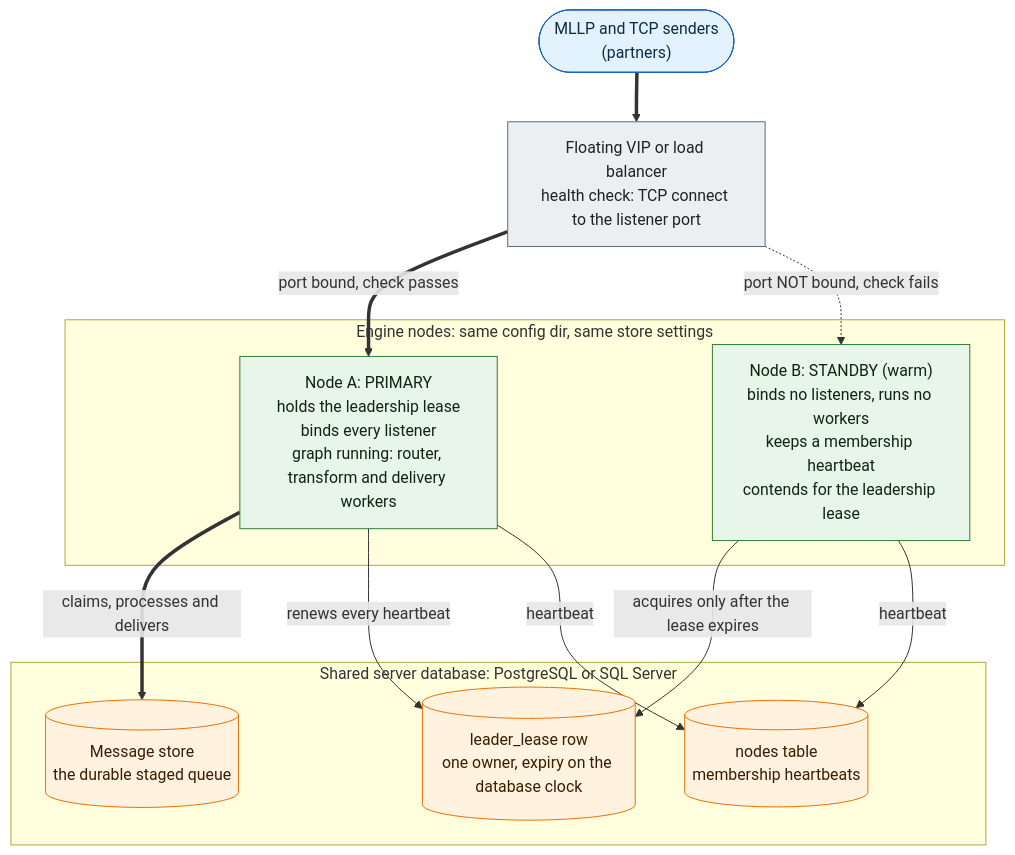
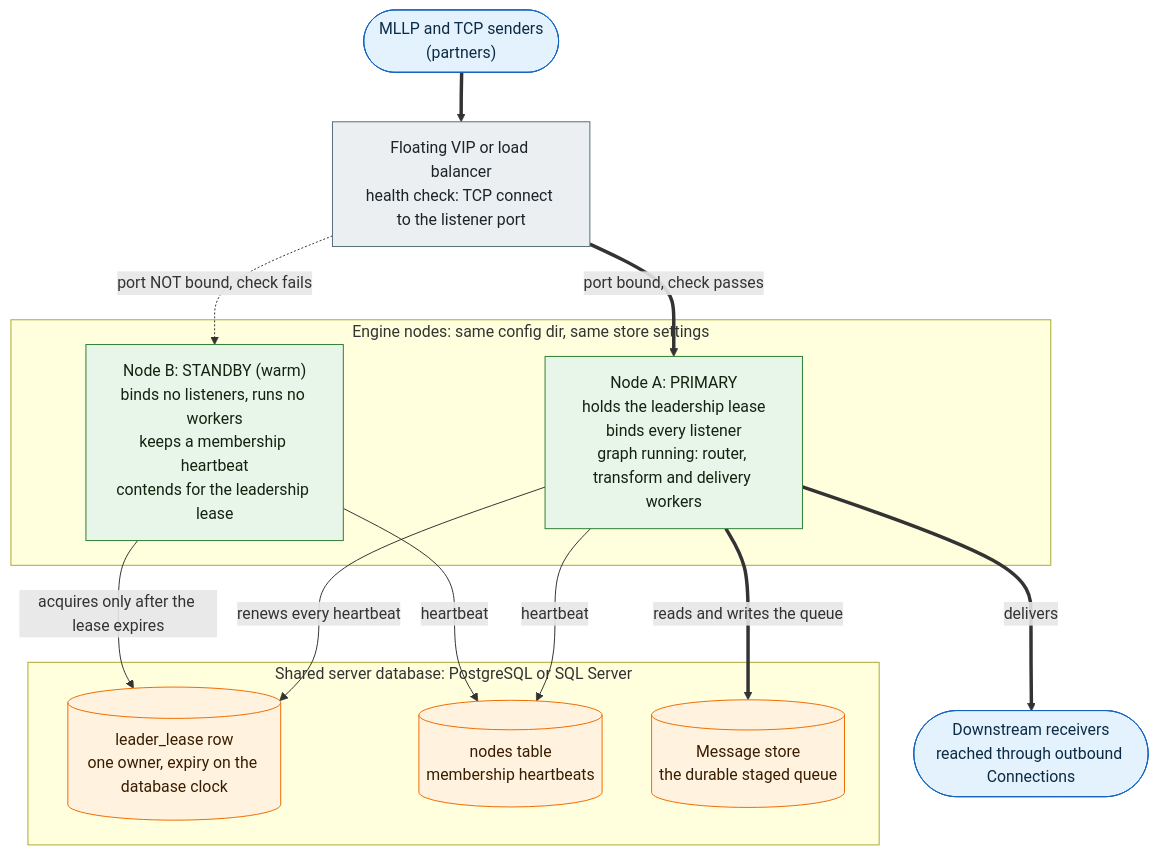
Before and after one commit to MEFORORG/MessageFoundry: the diagram in docs/CLUSTERING.md, drawn with Mermaid. The commit also changed 2 other files, not shown here.

Commit message:
docs: apply code-review round 2 to the HA and engine shard diagrams
AOAG: the DR engine edge points at the AG listener again, the listener label says it follows the primary replica, and the standby edge drops its 'only' claim. CLUSTERING: the primary now shows delivery to downstream receivers. MENTAL-MODEL: one long sentence split, and the pointer to the measurement paragraph says what that paragraph holds.

Not reviewed again: two rounds is the cap.

Proposed PR title: docs: Mermaid diagrams for high availability and engine shards
Proposed ledger banner: SHIPPED - high availability diagrams and engine shard diagram drawn in Mermaid in CLUSTERING.md, AOAG-DEPLOYMENT.md and MENTAL-MODEL.md

````diff
--- a/docs/CLUSTERING.md
+++ b/docs/CLUSTERING.md
@@ -290,30 +290,33 @@
 ```mermaid
 flowchart TB
   classDef io fill:#e3f2fd,stroke:#1565c0,color:#0d2b45;
   classDef ext fill:#eceff1,stroke:#546e7a,color:#1c2429;
   classDef core fill:#e8f5e9,stroke:#2e7d32,color:#10240f;
   classDef store fill:#fff3e0,stroke:#ef6c00,color:#3a1d00;
 
   PARTNERS(["MLLP and TCP senders<br/>(partners)"]):::io
   VIP["Floating VIP or load balancer<br/>health check: TCP connect to the listener port"]:::ext
 
   subgraph NODES["Engine nodes: same config dir, same store settings"]
     NODE_A["Node A: PRIMARY<br/>holds the leadership lease<br/>binds every listener<br/>graph running: router, transform and delivery workers"]:::core
     NODE_B["Node B: STANDBY (warm)<br/>binds no listeners, runs no workers<br/>keeps a membership heartbeat<br/>contends for the leadership lease"]:::core
   end
 
   subgraph SHARED_DB["Shared server database: PostgreSQL or SQL Server"]
     LEASE_ROW[("leader_lease row<br/>one owner, expiry on the database clock")]:::store
     NODES_TABLE[("nodes table<br/>membership heartbeats")]:::store
     MSG_STORE[("Message store<br/>the durable staged queue")]:::store
   end
 
+  RECEIVERS(["Downstream receivers<br/>reached through outbound Connections"]):::io
+
   PARTNERS ==> VIP
   VIP ==>|"port bound, check passes"| NODE_A
   VIP -.->|"port NOT bound, check fails"| NODE_B
-  NODE_A ==>|"claims, processes and delivers"| MSG_STORE
+  NODE_A ==>|"reads and writes the queue"| MSG_STORE
+  NODE_A ==>|"delivers"| RECEIVERS
   NODE_A -->|"renews every heartbeat"| LEASE_ROW
   NODE_B -->|"acquires only after the lease expires"| LEASE_ROW
   NODE_A -->|"heartbeat"| NODES_TABLE
   NODE_B -->|"heartbeat"| NODES_TABLE
 ```
````
